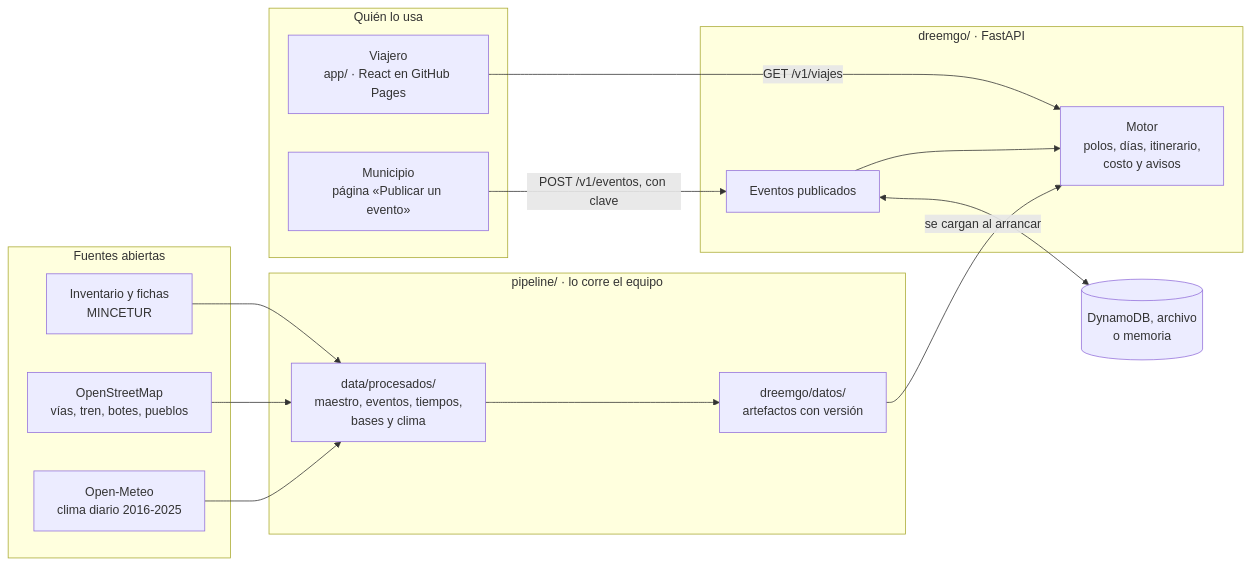
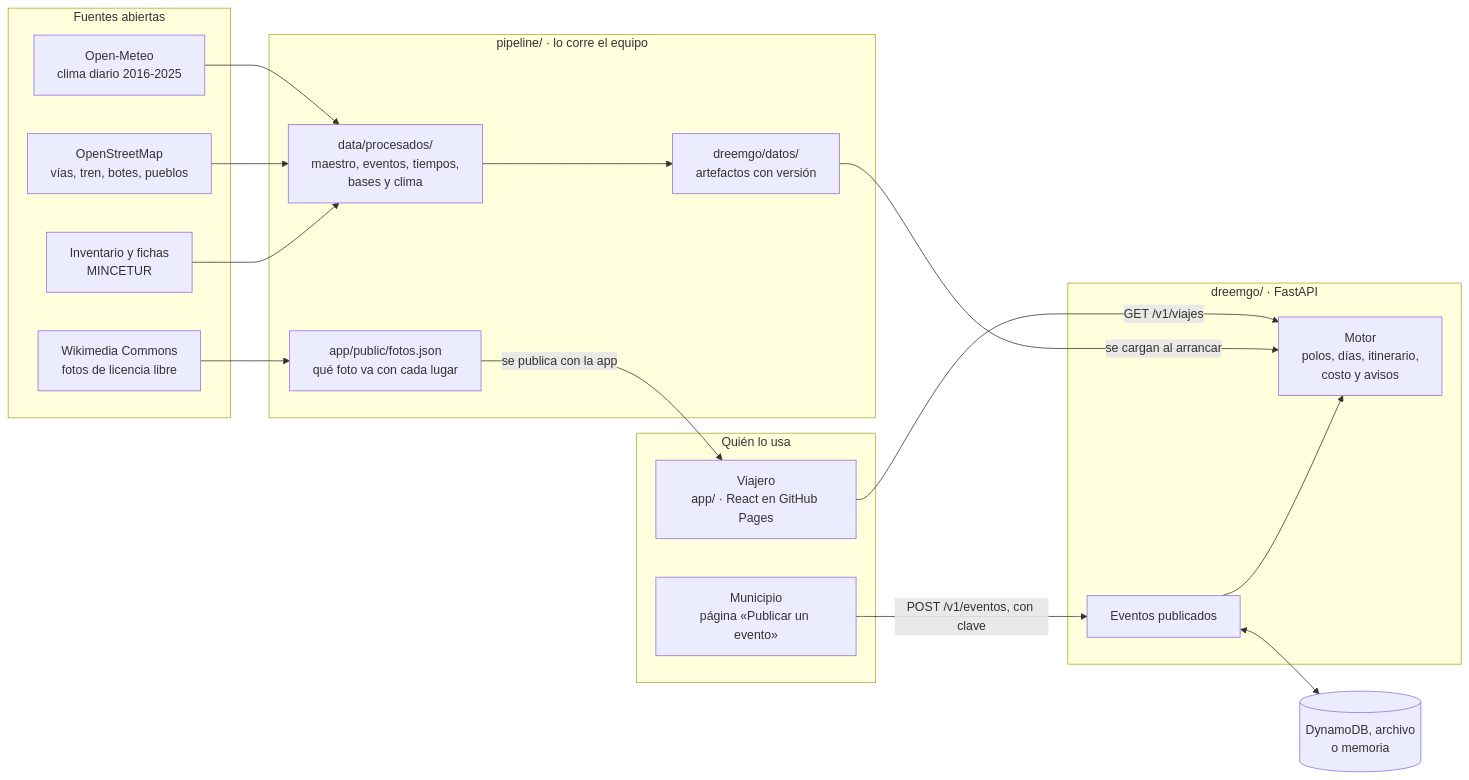
One commit to oswaldoaqm/Alejandros-Team changed the diagram in deliveries/week10/PrototypeReport.md. Above: the diagram before and after it, drawn with Mermaid. The commit also changed other lines of this file and 1 other file, not shown here.

Commit message:
docs(week10): poner al dia el informe con el rediseno y las fotos

````diff
--- a/deliveries/week10/PrototypeReport.md
+++ b/deliveries/week10/PrototypeReport.md
@@ -62,30 +63,34 @@
 ```mermaid
 flowchart LR
     subgraph fuentes["Fuentes abiertas"]
         mincetur["Inventario y fichas<br/>MINCETUR"]
         osm["OpenStreetMap<br/>vías, tren, botes, pueblos"]
         clima["Open-Meteo<br/>clima diario 2016-2025"]
+        commons["Wikimedia Commons<br/>fotos de licencia libre"]
     end
     subgraph pipeline["pipeline/ · lo corre el equipo"]
         procesados["data/procesados/<br/>maestro, eventos, tiempos,<br/>bases y clima"]
         artefactos["dreemgo/datos/<br/>artefactos con versión"]
+        fotos["app/public/fotos.json<br/>qué foto va con cada lugar"]
         procesados --> artefactos
     end
     mincetur --> procesados
     osm --> procesados
     clima --> procesados
+    commons --> fotos
     subgraph usuarios["Quién lo usa"]
         app["Viajero<br/>app/ · React en GitHub Pages"]
         municipio["Municipio<br/>página «Publicar un evento»"]
     end
     subgraph api["dreemgo/ · FastAPI"]
         motor["Motor<br/>polos, días, itinerario,<br/>costo y avisos"]
         publicados["Eventos publicados"]
         publicados --> motor
     end
     artefactos -->|"se cargan al arrancar"| motor
+    fotos -->|"se publica con la app"| app
     app -->|"GET /v1/viajes"| motor
     municipio -->|"POST /v1/eventos, con clave"| publicados
     almacen[("DynamoDB, archivo<br/>o memoria")]
     publicados <--> almacen
 ```
````
